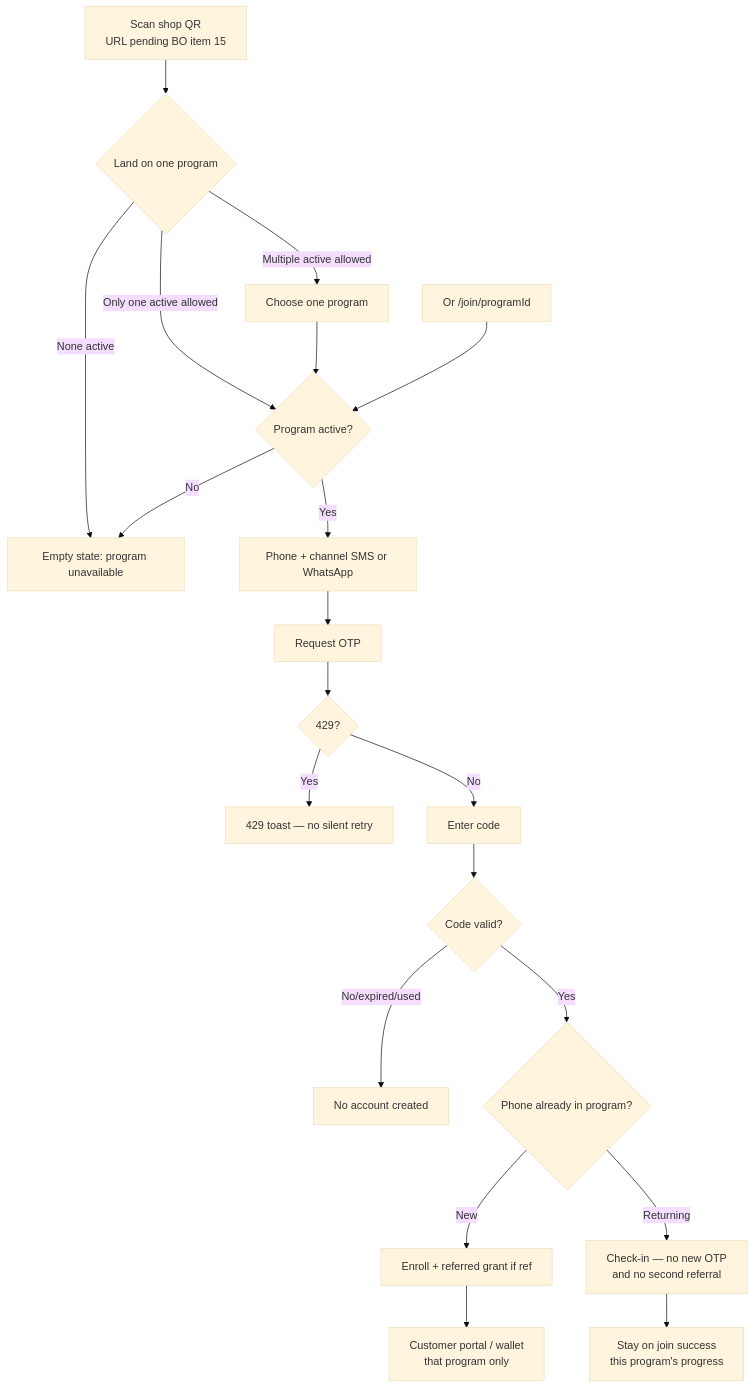
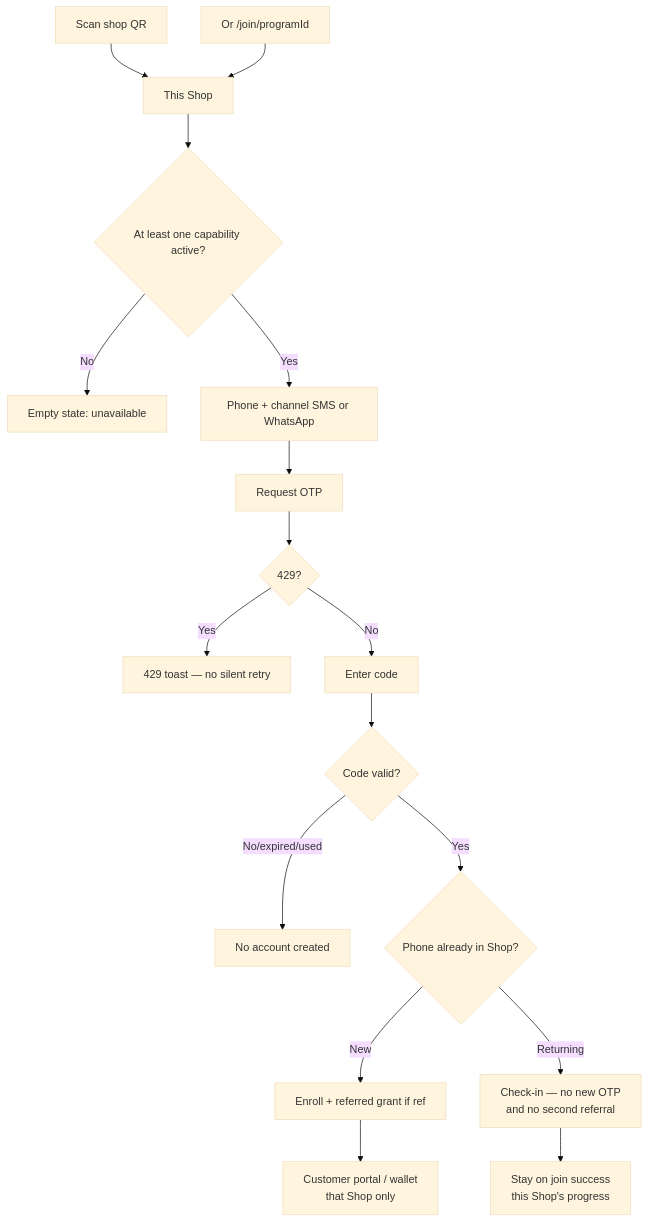
The eighth of 9 diagrams in docs/product/auth-login-register-ui-brief.md (Ali-sherif/loyollo-web), drawn with Mermaid (base theme) before and after one commit. The commit also changed other lines of this file and 26 other files, not shown here.

First line of the commit message:
docs: update loyalty program documentation to reflect shop capabilities and membership structure

````diff
--- a/docs/product/auth-login-register-ui-brief.md
+++ b/docs/product/auth-login-register-ui-brief.md
@@ -278,22 +278,19 @@
 ```mermaid
 flowchart TD
-  QR["Scan shop QR\nURL pending BO item 15"] --> Resolve{Land on one program}
-  Resolve -->|None active| Empty["Empty state: program unavailable"]
-  Resolve -->|Only one active allowed| Prog{Program active?}
-  Resolve -->|Multiple active allowed| Pick["Choose one program"]
-  Pick --> Prog
-  Direct["Or /join/programId"] --> Prog
-  Prog -->|No| Empty
-  Prog -->|Yes| Phone["Phone + channel SMS or WhatsApp"]
+  QR["Scan shop QR"] --> Shop["This Shop"]
+  Direct["Or /join/programId"] --> Shop
+  Shop --> Active{At least one capability active?}
+  Active -->|No| Empty["Empty state: unavailable"]
+  Active -->|Yes| Phone["Phone + channel SMS or WhatsApp"]
   Phone --> Req["Request OTP"]
   Req --> RL{429?}
   RL -->|Yes| Toast["429 toast — no silent retry"]
   RL -->|No| Code["Enter code"]
   Code --> Valid{Code valid?}
   Valid -->|No/expired/used| NoRow["No account created"]
-  Valid -->|Yes| NewOrOld{Phone already in program?}
+  Valid -->|Yes| NewOrOld{Phone already in Shop?}
   NewOrOld -->|New| Enroll["Enroll + referred grant if ref"]
   NewOrOld -->|Returning| CheckIn["Check-in — no new OTP\nand no second referral"]
-  Enroll --> Portal["Customer portal / wallet\nthat program only"]
-  CheckIn --> Stay["Stay on join success\nthis program's progress"]
+  Enroll --> Portal["Customer portal / wallet\nthat Shop only"]
+  CheckIn --> Stay["Stay on join success\nthis Shop's progress"]
 ```
````
